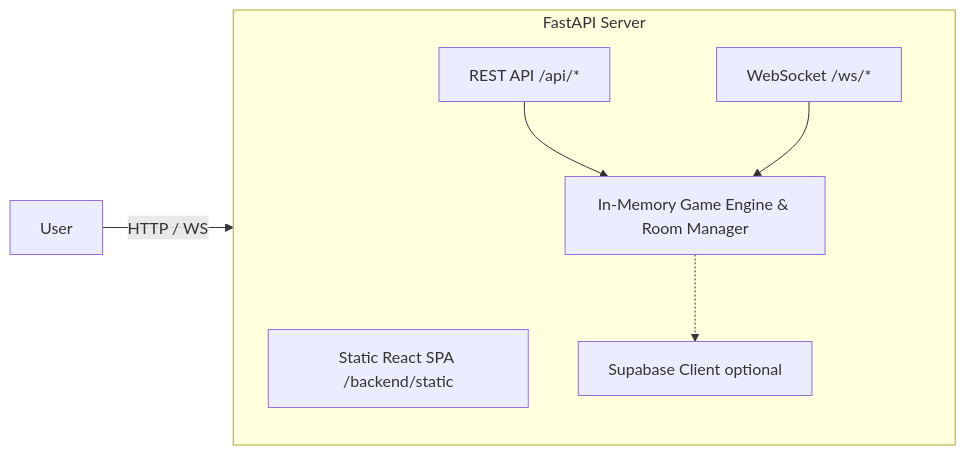
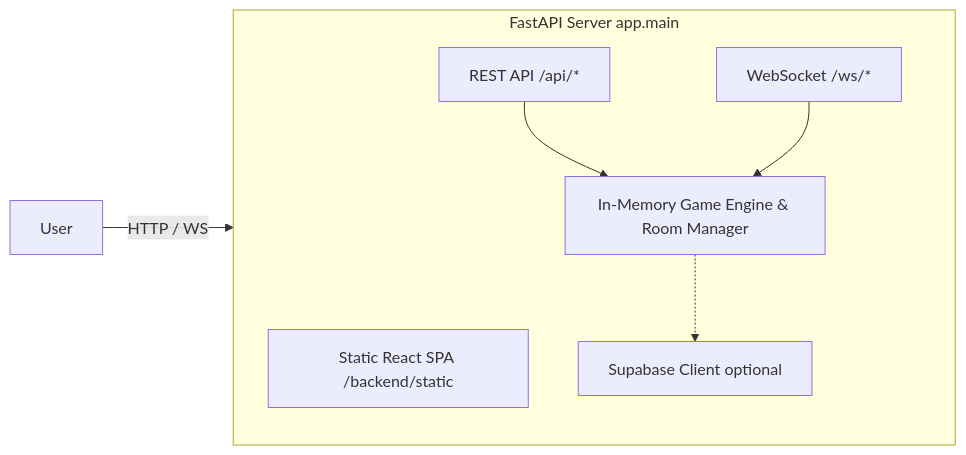
The diagram in README.md (AK01177/Kadi-Teeri), drawn with Mermaid before and after one commit. The commit also changed other lines of this file and 67 other files, not shown here.

````diff
--- a/README.md
+++ b/README.md
@@ -29,14 +29,14 @@
 ```mermaid
 flowchart LR
     User -->|HTTP / WS| App[FastAPI Monolith Server]
-    subgraph App [FastAPI Server]
+    subgraph App [FastAPI Server app.main]
         SPA[Static React SPA /backend/static]
         REST[REST API /api/*]
         WS[WebSocket /ws/*]
         Engine[In-Memory Game Engine & Room Manager]
         DB[Supabase Client optional]
     end
     REST --> Engine
     WS --> Engine
     Engine -.-> DB
 ```
````
